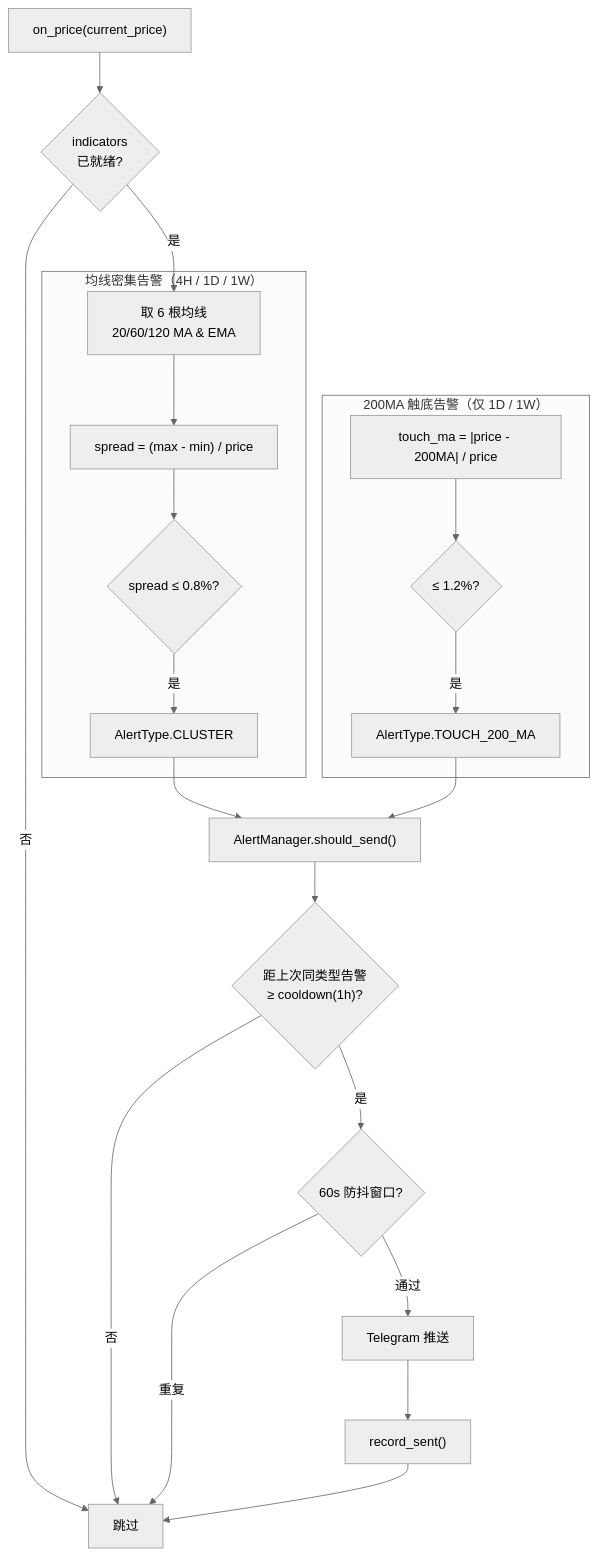
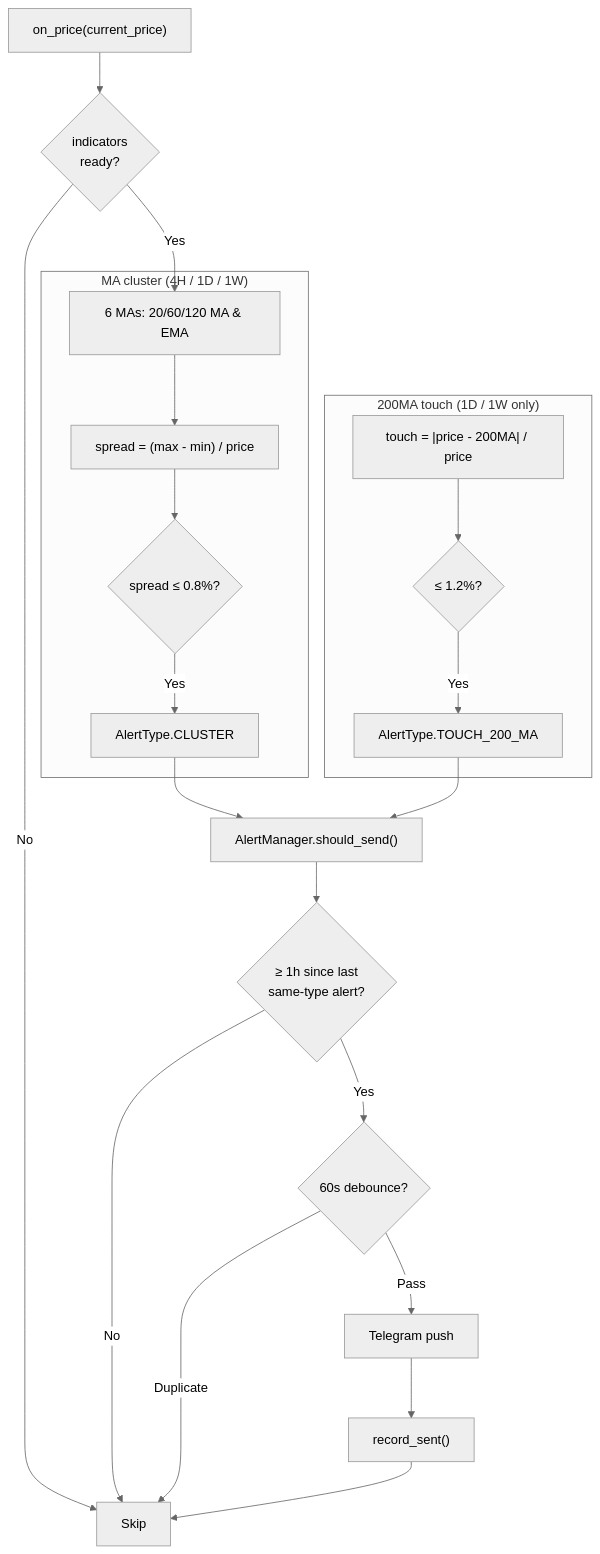
The fifth of 6 diagrams in readme.md (Formyselfonly/invest-alert-bot), drawn with Mermaid (neutral theme) before and after one commit. The commit also changed other lines of this file and 1 other file, not shown here.

````diff
--- a/readme.md
+++ b/readme.md
@@ -258,28 +269,28 @@
 ```mermaid
 flowchart TB
-    START["on_price(current_price)"] --> CHECK{"indicators<br/>已就绪?"}
-    CHECK -->|否| END["跳过"]
-    CHECK -->|是| CLUSTER
+    START["on_price(current_price)"] --> CHECK{"indicators<br/>ready?"}
+    CHECK -->|No| END["Skip"]
+    CHECK -->|Yes| CLUSTER
 
-    subgraph Cluster["均线密集告警（4H / 1D / 1W）"]
-        CLUSTER["取 6 根均线<br/>20/60/120 MA & EMA"]
+    subgraph Cluster["MA cluster (4H / 1D / 1W)"]
+        CLUSTER["6 MAs: 20/60/120 MA & EMA"]
         CLUSTER --> SPREAD["spread = (max - min) / price"]
         SPREAD --> COK{"spread ≤ 0.8%?"}
-        COK -->|是| CE["AlertType.CLUSTER"]
+        COK -->|Yes| CE["AlertType.CLUSTER"]
     end
 
-    subgraph Touch["200MA 触底告警（仅 1D / 1W）"]
-        TMA["touch_ma = |price - 200MA| / price"]
+    subgraph Touch["200MA touch (1D / 1W only)"]
+        TMA["touch = |price - 200MA| / price"]
         TMA --> TOK1{"≤ 1.2%?"}
-        TOK1 -->|是| AE1["AlertType.TOUCH_200_MA"]
+        TOK1 -->|Yes| AE1["AlertType.TOUCH_200_MA"]
     end
 
     CE & AE1 --> AM["AlertManager.should_send()"]
-    AM --> COOL{"距上次同类型告警<br/>≥ cooldown(1h)?"}
-    COOL -->|否| END
-    COOL -->|是| DEDUP{"60s 防抖窗口?"}
-    DEDUP -->|重复| END
-    DEDUP -->|通过| SEND["Telegram 推送"]
+    AM --> COOL{"≥ 1h since last<br/>same-type alert?"}
+    COOL -->|No| END
+    COOL -->|Yes| DEDUP{"60s debounce?"}
+    DEDUP -->|Duplicate| END
+    DEDUP -->|Pass| SEND["Telegram push"]
     SEND --> REC["record_sent()"]
     REC --> END
 ```
````
